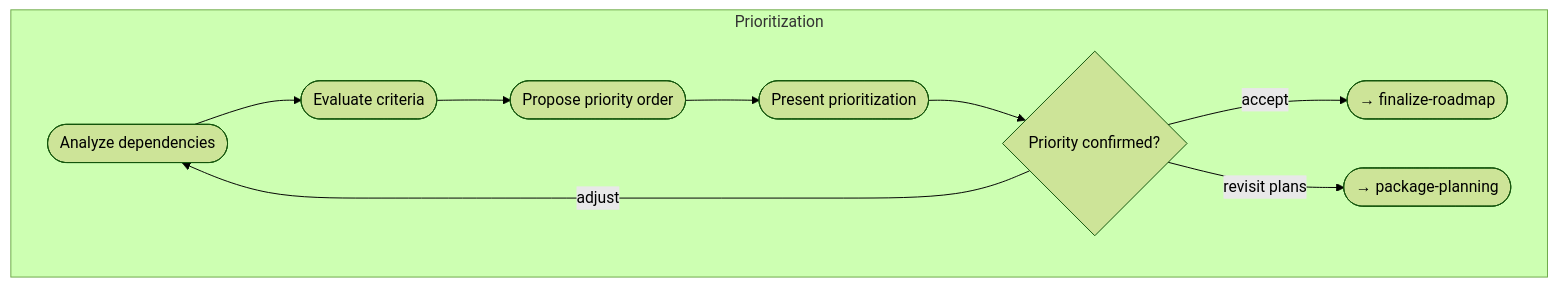
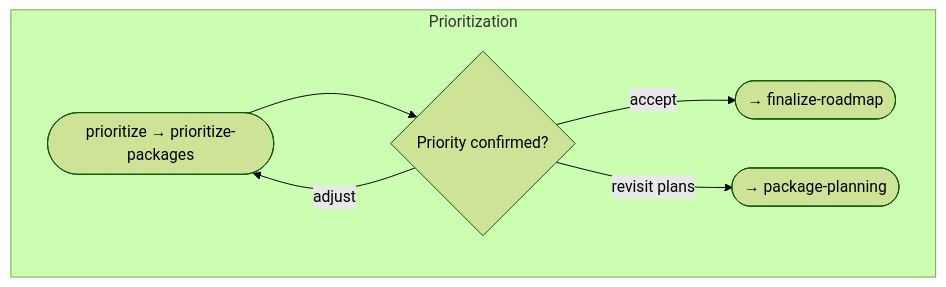
Before and after one commit to m2ux/workflow-server: the sixth of 8 diagrams in work-packages/README.md, drawn with Mermaid (forest theme). The commit also changed other lines of this file and 15 other files, not shown here.

````diff
--- a/work-packages/README.md
+++ b/work-packages/README.md
@@ -203,15 +181,12 @@
 ```mermaid
 graph TD
     subgraph prioritization[Prioritization]
-        r1([Analyze dependencies])
-        r2([Evaluate criteria])
-        r3([Propose priority order])
-        r4([Present prioritization])
+        r1([prioritize → prioritize-packages])
         cp1{Priority confirmed?}
         
-        r1 --> r2 --> r3 --> r4 --> cp1
+        r1 --> cp1
         cp1 -->|accept| Next([→ finalize-roadmap])
         cp1 -->|adjust| r1
         cp1 -->|revisit plans| Back([→ package-planning])
     end
 ```
````
